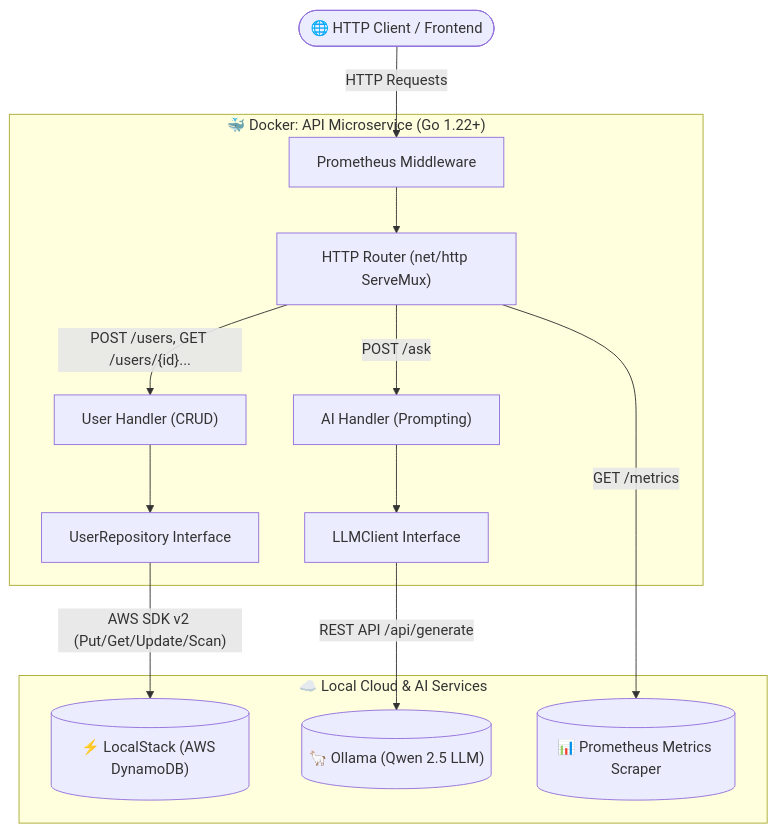
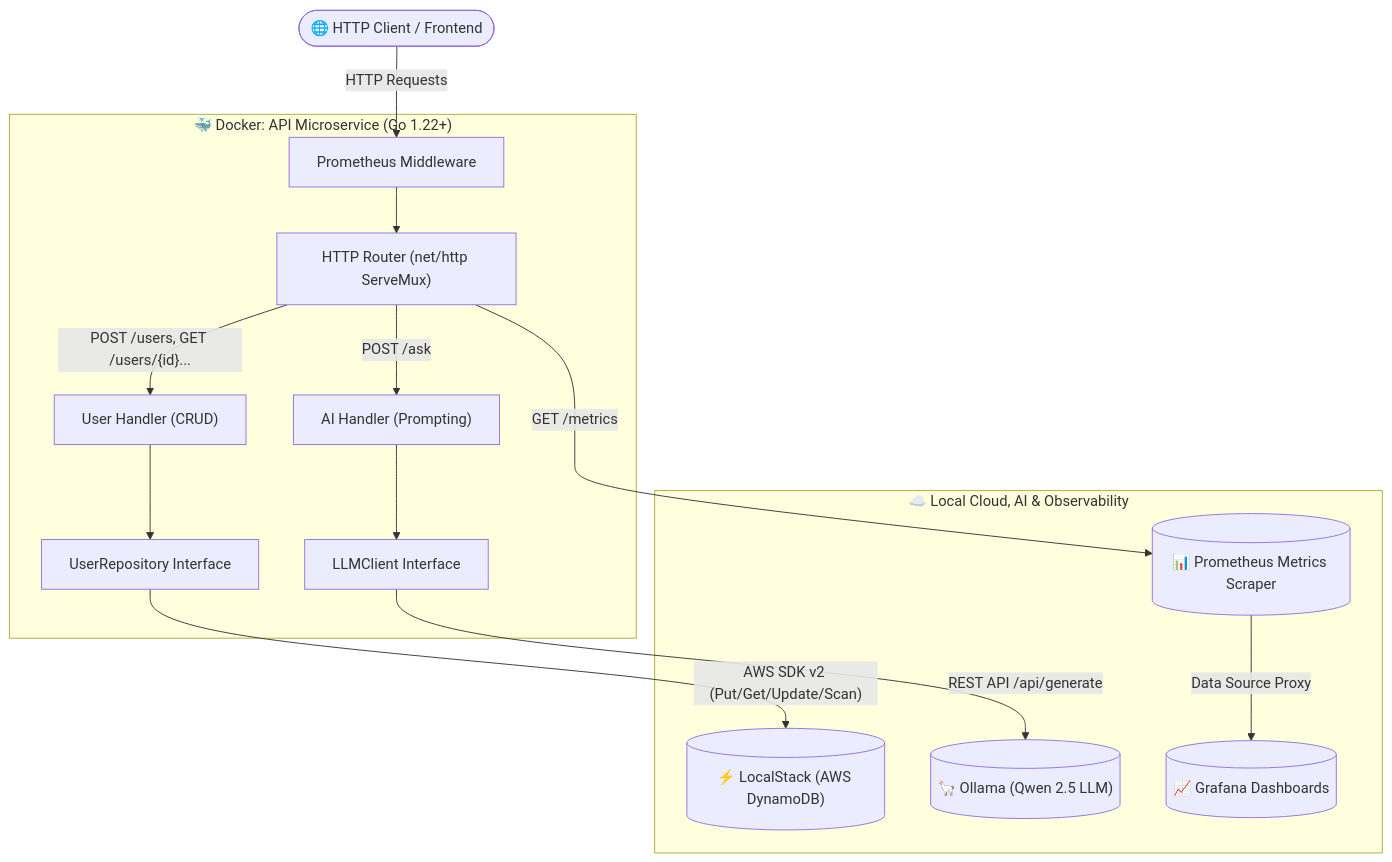
One commit to jzxq45/aws-cloud-project changed the diagram in README.md. Above: the diagram before and after it, drawn with Mermaid. The commit also changed other lines of this file and 6 other files, not shown here.

Commit message:
feat(observability): add Prometheus scraper, Grafana service with auto-provisioning and dashboards

````diff
--- a/README.md
+++ b/README.md
@@ -18,31 +18,33 @@
 ```mermaid
 flowchart TD
     Client(["🌐 HTTP Client / Frontend"])
 
     subgraph AppContainer["🐳 Docker: API Microservice (Go 1.22+)"]
         Router["HTTP Router (net/http ServeMux)"]
         MetricsMW["Prometheus Middleware"]
         UserHandler["User Handler (CRUD)"]
         AIHandler["AI Handler (Prompting)"]
         UserRepo["UserRepository Interface"]
         LLMClient["LLMClient Interface"]
     end
 
-    subgraph CloudInfra["☁️ Local Cloud & AI Services"]
+    subgraph CloudInfra["☁️ Local Cloud, AI & Observability"]
         LocalStack[("⚡ LocalStack (AWS DynamoDB)")]
         Ollama[("🦙 Ollama (Qwen 2.5 LLM)")]
         Prometheus[("📊 Prometheus Metrics Scraper")]
+        Grafana[("📈 Grafana Dashboards")]
     end
 
     Client -->|"HTTP Requests"| MetricsMW
     MetricsMW --> Router
     Router -->|"POST /users, GET /users/{id}..."| UserHandler
     Router -->|"POST /ask"| AIHandler
     Router -->|"GET /metrics"| Prometheus
+    Prometheus -->|"Data Source Proxy"| Grafana
 
     UserHandler --> UserRepo
     UserRepo -->|"AWS SDK v2 (Put/Get/Update/Scan)"| LocalStack
 
     AIHandler --> LLMClient
     LLMClient -->|"REST API /api/generate"| Ollama
 ```
````
